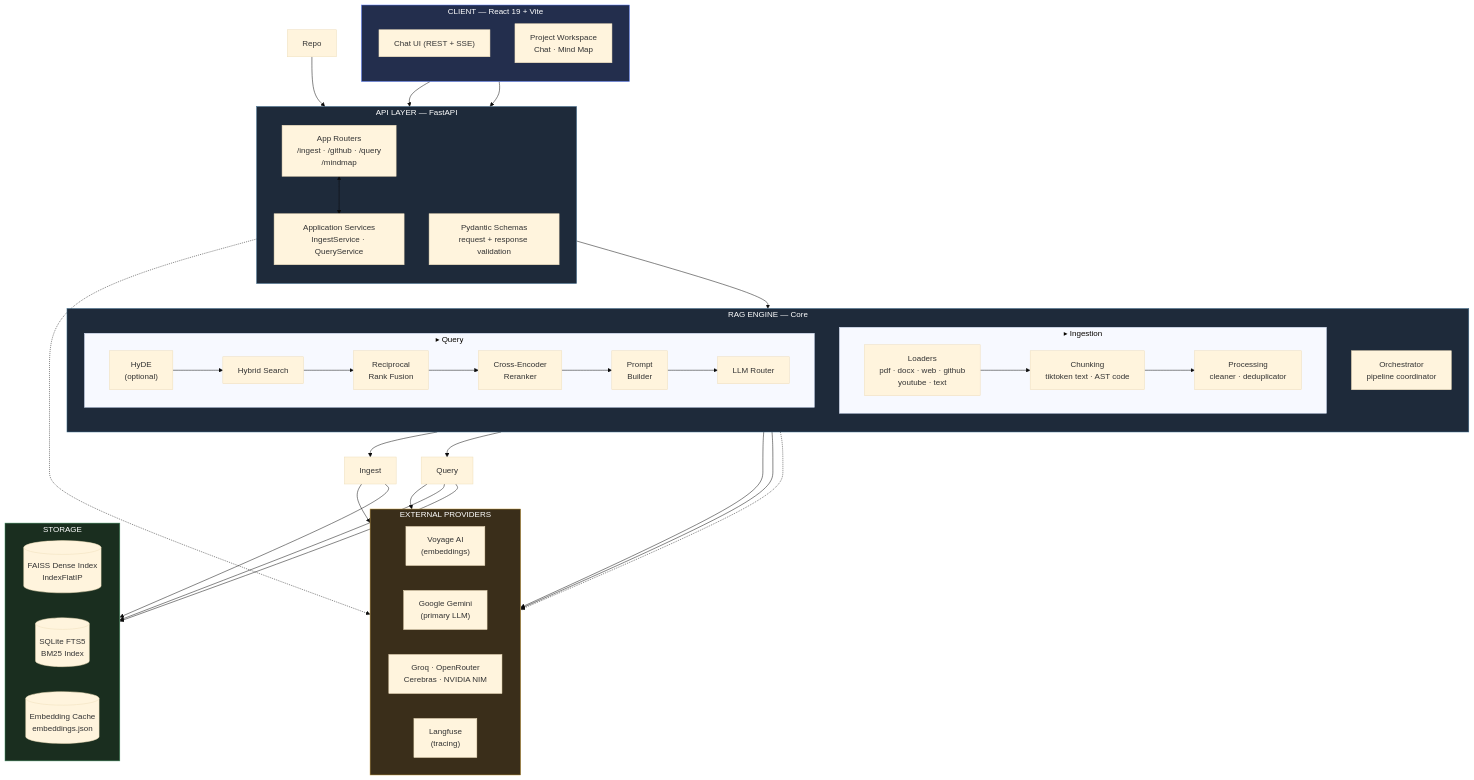
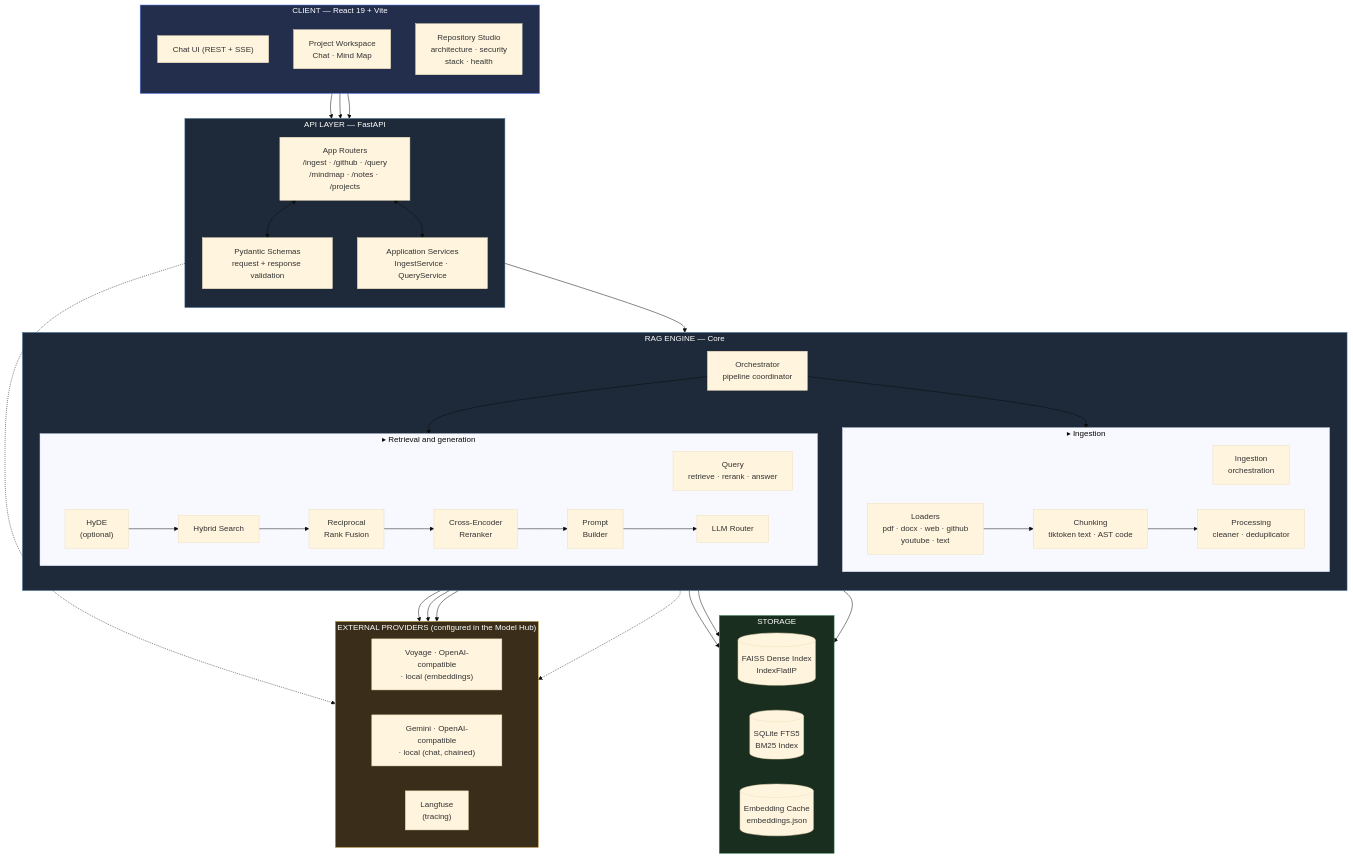
The diagram in README.md (AdnanZamanNiloy/contexforge), drawn with Mermaid (base theme) before and after one commit. The commit also changed other lines of this file and 3 other files, not shown here.

```diff
--- a/README.md
+++ b/README.md
@@ -226,11 +269,12 @@
         direction TB
         Chat["Chat UI (REST + SSE)"]
         Workspace["Project Workspace<br/>Chat · Mind Map"]
+        Repo["Repository Studio<br/>architecture · security<br/>stack · health"]
     end
 
     subgraph API["API LAYER — FastAPI"]
         direction TB
-        Routes["App Routers<br/>/ingest · /github · /query<br/>/mindmap"]
+        Routes["App Routers<br/>/ingest · /github · /query<br/>/mindmap · /notes · /projects"]
         Schemas["Pydantic Schemas<br/>request + response validation"]
         Services["Application Services<br/>IngestService · QueryService"]
     end
@@ -240,12 +284,14 @@
         Orchestrator["Orchestrator<br/>pipeline coordinator"]
         subgraph INGEST["▸ Ingestion"]
             direction LR
+            Ingest["Ingestion<br/>orchestration"]
             Loaders["Loaders<br/>pdf · docx · web · github<br/>youtube · text"]
             Chunking["Chunking<br/>tiktoken text · AST code"]
             Processing["Processing<br/>cleaner · deduplicator"]
         end
-        subgraph QUERY["▸ Query"]
+        subgraph QUERY["▸ Retrieval and generation"]
             direction LR
+            Query["Query<br/>retrieve · rerank · answer"]
             HyDE["HyDE<br/>(optional)"]
             Hybrid["Hybrid Search"]
             RRF["Reciprocal<br/>Rank Fusion"]
@@ -262,11 +308,10 @@
         Cache[("Embedding Cache<br/>embeddings.json")]
     end
 
-    subgraph EXT["EXTERNAL PROVIDERS"]
+    subgraph EXT["EXTERNAL PROVIDERS (configured in the Model Hub)"]
         direction LR
-        Voyage["Voyage AI<br/>(embeddings)"]
-        Gemini["Google Gemini<br/>(primary LLM)"]
-        Fallback["Groq · OpenRouter<br/>Cerebras · NVIDIA NIM"]
+        Embed["Voyage · OpenAI-compatible<br/>· local (embeddings)"]
+        LLM["Gemini · OpenAI-compatible<br/>· local (chat, chained)"]
         Trace["Langfuse<br/>(tracing)"]
     end
 
@@ -274,6 +319,7 @@
     Workspace --> Routes
     Repo --> Routes
 
+    Routes <--> Schemas
     Routes <--> Services
     Services --> Orchestrator
 
@@ -282,16 +328,15 @@
 
     Loaders --> Chunking --> Processing
     Ingest --> Cache
-    Ingest --> Voyage
+    Ingest --> Embed
 
     HyDE --> Hybrid
     Hybrid --> RRF --> Rerank --> Prompt --> Router
     Query --> FAISS
     Query --> FTS
-    Query --> Voyage
+    Query --> Embed
 
-    Router --> Gemini
-    Router --> Fallback
+    Router --> LLM
 
     Orchestrator -.-> Trace
     Services -.-> Trace
```
